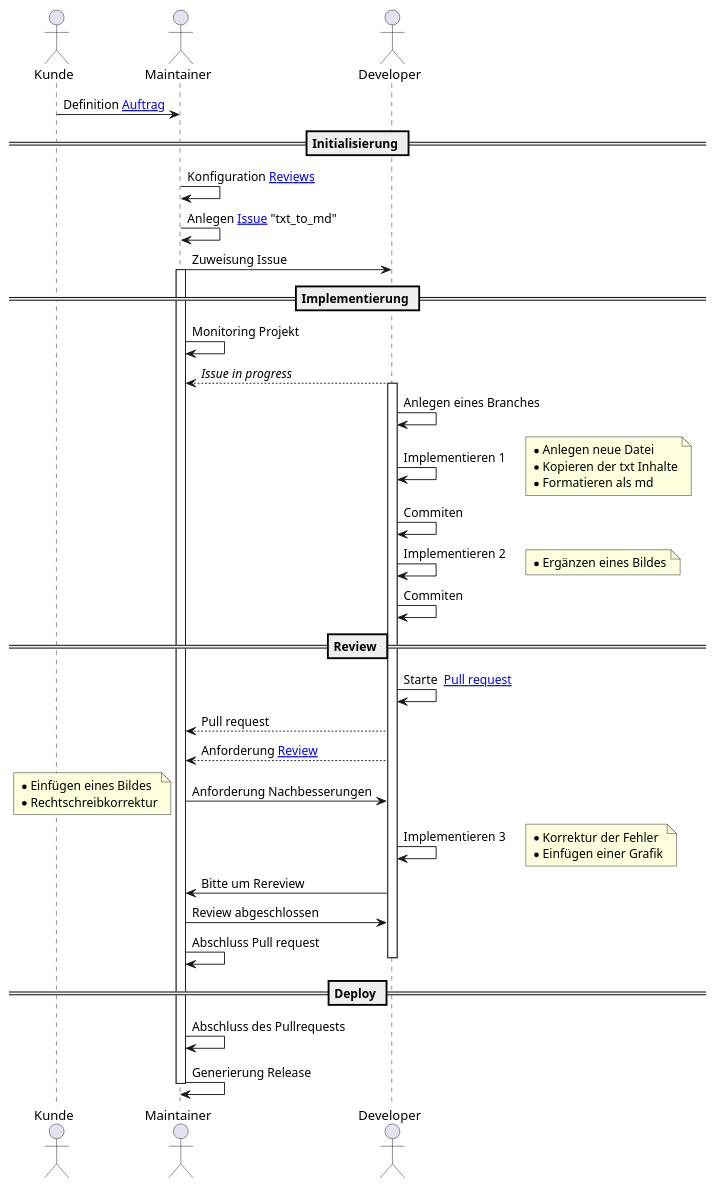
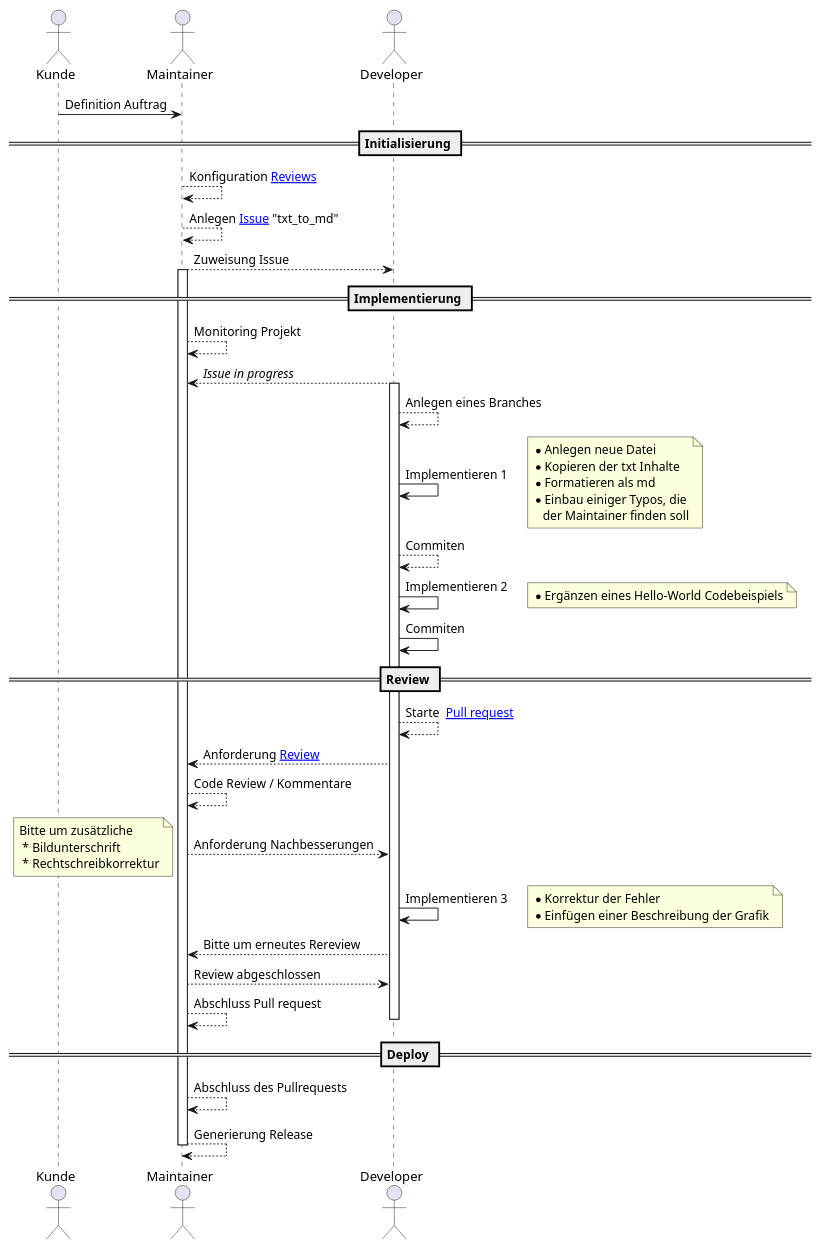
The diagram in TaskGenerator/sequenceDiagram_0.plantUML (hannah-knst/SoftwareentwicklungSoSe2021_Aufgabe_03), drawn with PlantUML before and after one commit.

```diff
--- a/TaskGenerator/sequenceDiagram_0.plantUML
+++ b/TaskGenerator/sequenceDiagram_0.plantUML
@@ -1,50 +1,53 @@
 @startuml
 actor Kunde
 actor Maintainer
 actor Developer
-Kunde -> Maintainer : Definition [[http://plantuml.com/start{Aufgabe 00} Auftrag]]
+Kunde -> Maintainer : Definition Auftrag
 == Initialisierung ==
-Maintainer -> Maintainer: Konfiguration [[https://docs.github.com/en/organizations/organizing-members-into-teams/managing-code-review-assignment-for-your-team{Review Konfiguration} Reviews]]
-Maintainer -> Maintainer: Anlegen [[https://guides.github.com/features/issues/{Mastering Issues} Issue]] "txt_to_md"
-Maintainer -> Developer:  Zuweisung Issue
+Maintainer --> Maintainer: Konfiguration [[https://docs.github.com/en/organizations/organizing-members-into-teams/managing-code-review-assignment-for-your-team{Review Konfiguration} Reviews]]
+Maintainer --> Maintainer: Anlegen [[https://guides.github.com/features/issues/{Mastering Issues} Issue]] "txt_to_md"
+Maintainer --> Developer:  Zuweisung Issue
 == Implementierung ==
 activate Maintainer
-Maintainer -> Maintainer:  Monitoring Projekt
+Maintainer --> Maintainer:  Monitoring Projekt
 Developer --> Maintainer:  //Issue in progress//
 activate Developer
-Developer -> Developer:  Anlegen eines Branches
+Developer --> Developer:  Anlegen eines Branches
 Developer -> Developer:  Implementieren 1
 note right
  * Anlegen neue Datei
  * Kopieren der txt Inhalte
  * Formatieren als md
+ * Einbau einiger Typos, die
+    der Maintainer finden soll
 end note
-Developer -> Developer:  Commiten
+Developer --> Developer:  Commiten
 Developer -> Developer:  Implementieren 2
 note right
- * Ergänzen eines Bildes
+ * Ergänzen eines Hello-World Codebeispiels 
 end note
 Developer -> Developer:  Commiten
 == Review ==
-Developer -> Developer:   Starte  [[https://docs.github.com/en/github/collaborating-with-issues-and-pull-requests/creating-a-pull-request {Guideline Pull request} Pull request]]
-Developer --> Maintainer : Pull request 
+Developer --> Developer:   Starte  [[https://docs.github.com/en/github/collaborating-with-issues-and-pull-requests/creating-a-pull-request {Guideline Pull request} Pull request]]
 Developer --> Maintainer : Anforderung [[https://docs.github.com/en/github/collaborating-with-issues-and-pull-requests/about-pull-request-reviews#re-requesting-a-review {Guideline Reviews on Github} Review]]
-Maintainer -> Developer :  Anforderung Nachbesserungen
+Maintainer --> Maintainer:  Code Review / Kommentare
+Maintainer --> Developer :  Anforderung Nachbesserungen
 note left
- * Einfügen eines Bildes
+Bitte um zusätzliche
+ * Bildunterschrift
  * Rechtschreibkorrektur
 end note
 Developer -> Developer:  Implementieren 3
 note right
  * Korrektur der Fehler
- * Einfügen einer Grafik
+ * Einfügen einer Beschreibung der Grafik
 end note
-Developer -> Maintainer :  Bitte um Rereview
-Maintainer -> Developer :  Review abgeschlossen
-Maintainer -> Maintainer:  Abschluss Pull request
+Developer --> Maintainer :  Bitte um erneutes Rereview
+Maintainer --> Developer :  Review abgeschlossen
+Maintainer --> Maintainer:  Abschluss Pull request
 deactivate Developer
 == Deploy ==
-Maintainer -> Maintainer:  Abschluss des Pullrequests
-Maintainer -> Maintainer:  Generierung Release
+Maintainer --> Maintainer:  Abschluss des Pullrequests
+Maintainer --> Maintainer:  Generierung Release
 deactivate Maintainer
 @enduml
```
